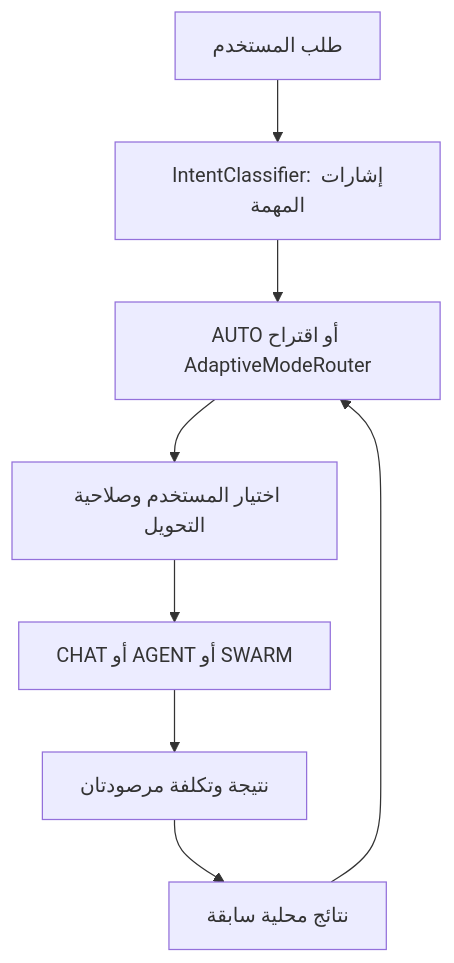
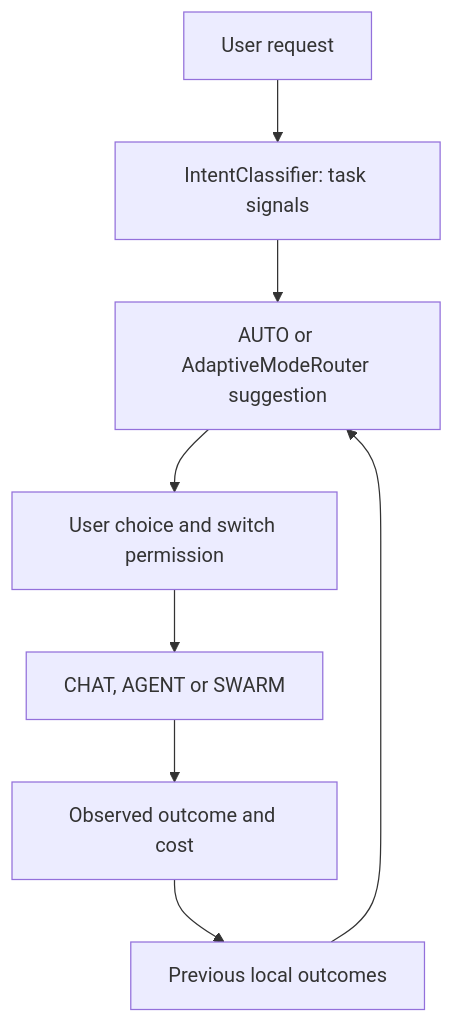
The diagram in DECISION_ENGINE.md (obieda-hussien/OmniDev-Workspace), drawn with Mermaid before and after one commit. The commit also changed other lines of this file and 80 other files, not shown here.

````diff
--- a/DECISION_ENGINE.md
+++ b/DECISION_ENGINE.md
@@ -9,10 +9,10 @@
 ```mermaid
 flowchart TD
-    Q["طلب المستخدم"] --> I["IntentClassifier: إشارات المهمة"]
-    I --> R["AUTO أو اقتراح AdaptiveModeRouter"]
-    O["نتائج محلية سابقة"] --> R
-    R --> P["اختيار المستخدم وصلاحية التحويل"]
-    P --> A["CHAT أو AGENT أو SWARM"]
-    A --> M["نتيجة وتكلفة مرصودتان"]
+    Q["User request"] --> I["IntentClassifier: task signals"]
+    I --> R["AUTO or AdaptiveModeRouter suggestion"]
+    O["Previous local outcomes"] --> R
+    R --> P["User choice and switch permission"]
+    P --> A["CHAT, AGENT or SWARM"]
+    A --> M["Observed outcome and cost"]
     M --> O
 ```
````
